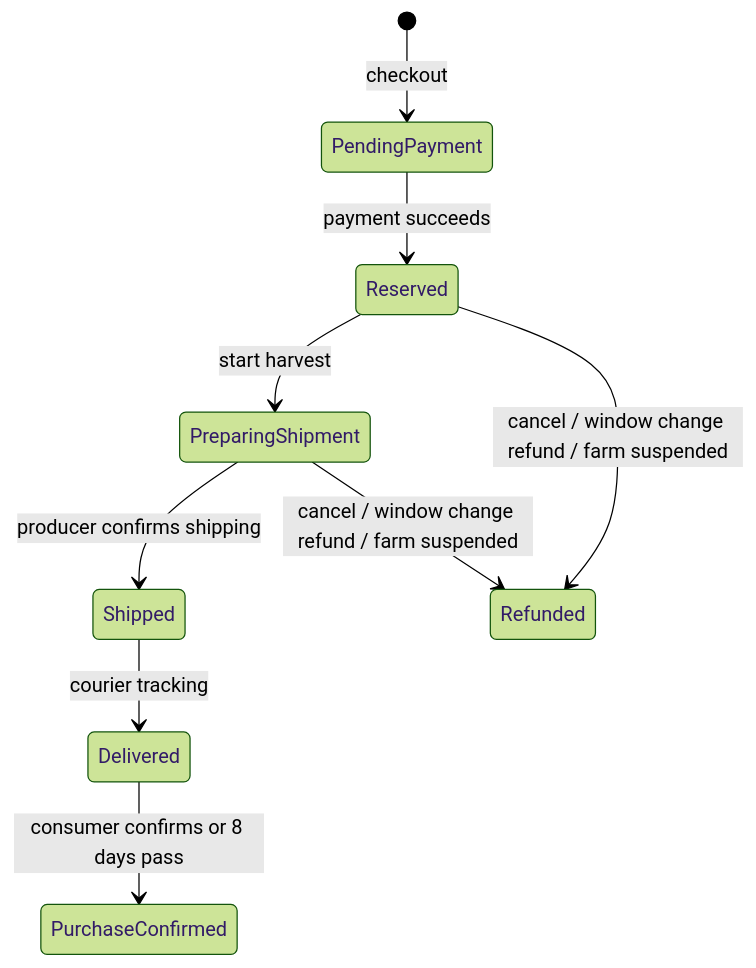
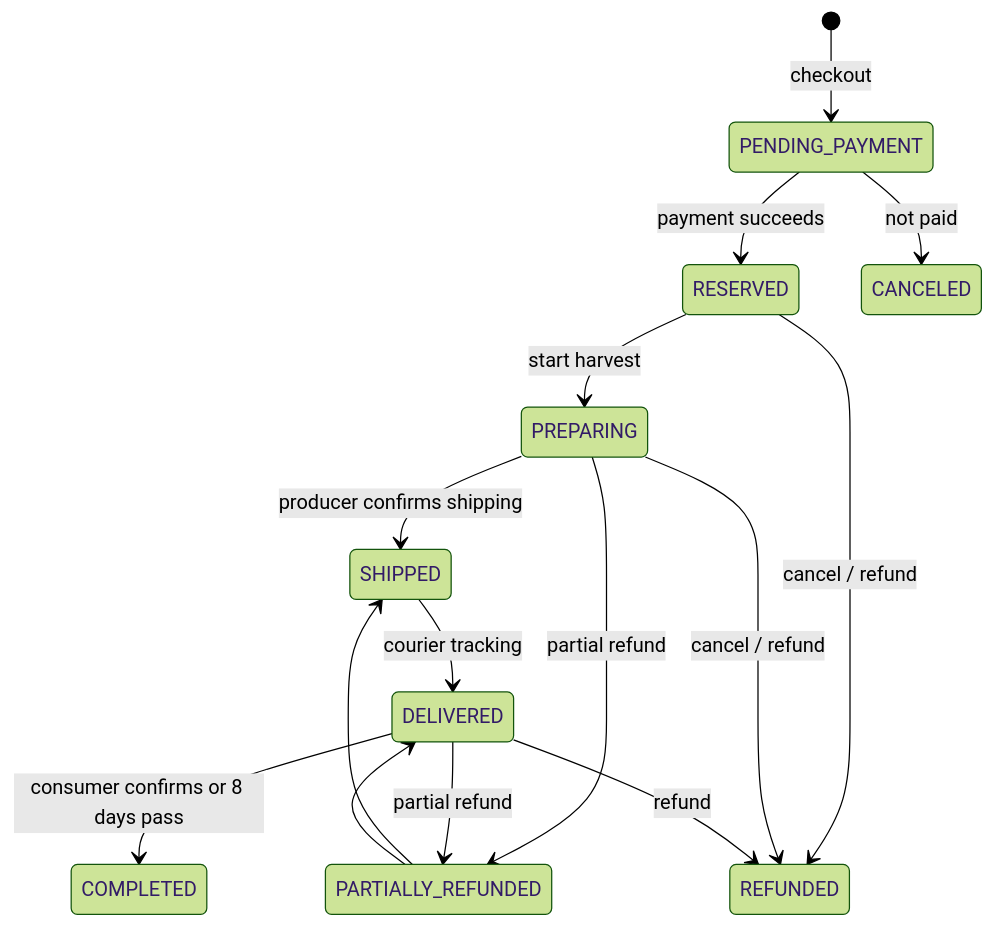
One commit to snuhcs-course/swpp-2026-project-team-06 changed the fifth of 5 diagrams in docs/wiki/Design-Documentation.md. Above: the diagram before and after it, drawn with Mermaid (forest theme). The commit also changed other lines of this file and 4 other files, not shown here.

````diff
--- a/docs/wiki/Design-Documentation.md
+++ b/docs/wiki/Design-Documentation.md
@@ -128,11 +147,17 @@
 ```mermaid
 stateDiagram-v2
-  [*] --> PendingPayment: checkout
-  PendingPayment --> Reserved: payment succeeds
-  Reserved --> PreparingShipment: start harvest
-  PreparingShipment --> Shipped: producer confirms shipping
-  Shipped --> Delivered: courier tracking
-  Delivered --> PurchaseConfirmed: consumer confirms or 8 days pass
-  Reserved --> Refunded: cancel / window change refund / farm suspended
-  PreparingShipment --> Refunded: cancel / window change refund / farm suspended
+  [*] --> PENDING_PAYMENT: checkout
+  PENDING_PAYMENT --> RESERVED: payment succeeds
+  PENDING_PAYMENT --> CANCELED: not paid
+  RESERVED --> PREPARING: start harvest
+  RESERVED --> REFUNDED: cancel / refund
+  PREPARING --> SHIPPED: producer confirms shipping
+  PREPARING --> REFUNDED: cancel / refund
+  PREPARING --> PARTIALLY_REFUNDED: partial refund
+  SHIPPED --> DELIVERED: courier tracking
+  DELIVERED --> COMPLETED: consumer confirms or 8 days pass
+  DELIVERED --> REFUNDED: refund
+  DELIVERED --> PARTIALLY_REFUNDED: partial refund
+  PARTIALLY_REFUNDED --> SHIPPED
+  PARTIALLY_REFUNDED --> DELIVERED
 ```
````
